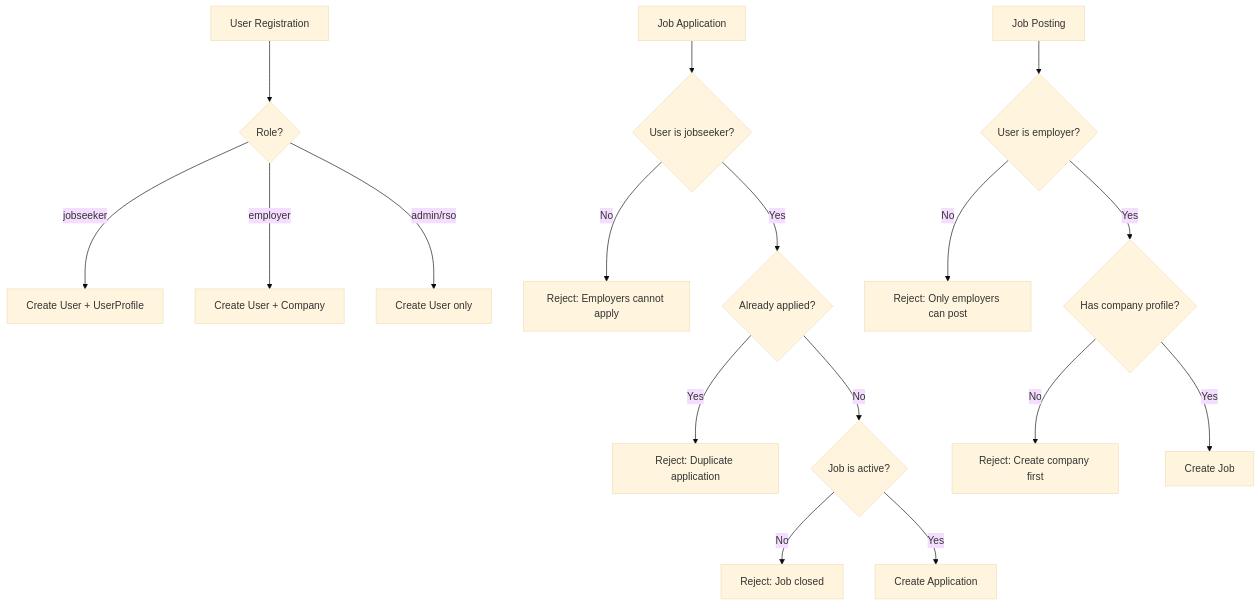
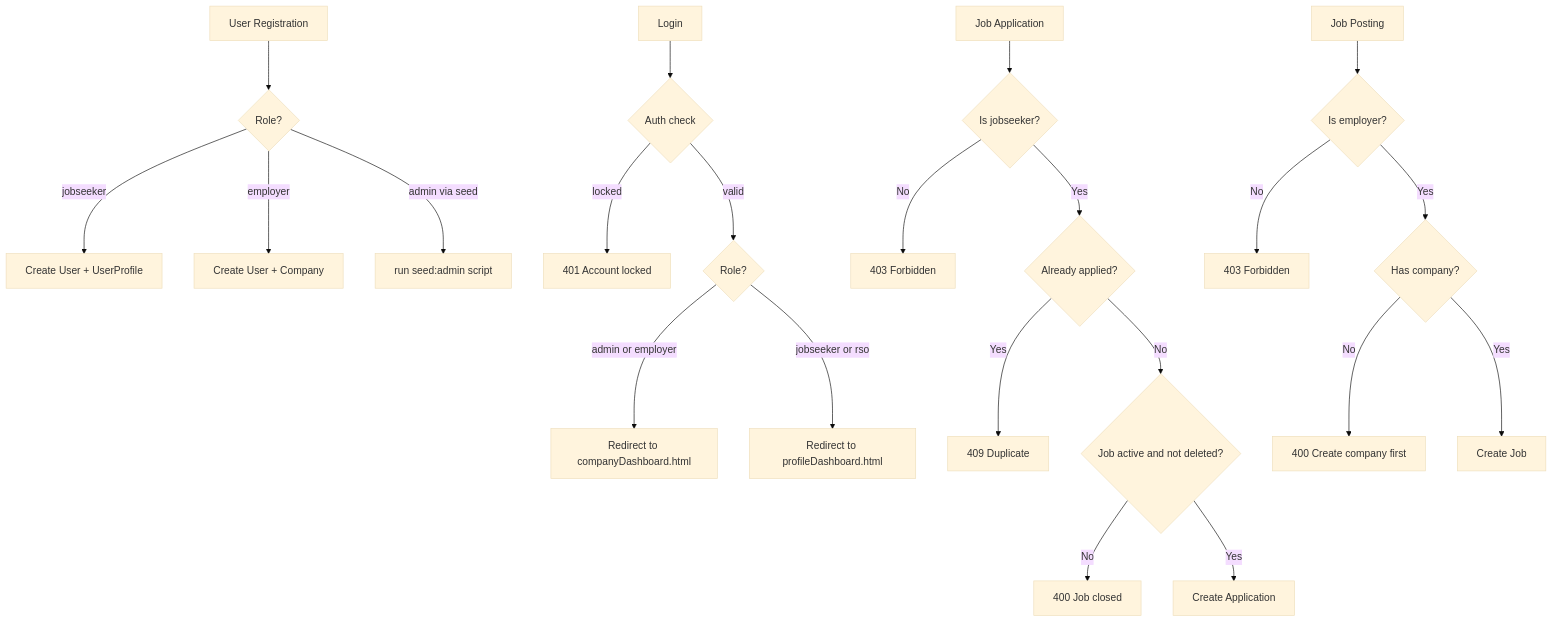
One commit to Team-Kaizen-MMDC/mmdc-wst changed the sixth of 6 diagrams in docs/DATABASE_PLAN.md. Above: the diagram before and after it, drawn with Mermaid (base theme). The commit also changed other lines of this file, not shown here.

Commit message:
Implement feature X to enhance user experience and optimize performance

````diff
--- a/docs/DATABASE_PLAN.md
+++ b/docs/DATABASE_PLAN.md
@@ -1012,21 +830,27 @@
 ```mermaid
 graph TD
     A[User Registration] --> B{Role?}
     B -->|jobseeker| C[Create User + UserProfile]
     B -->|employer| D[Create User + Company]
-    B -->|admin/rso| E[Create User only]
+    B -->|admin via seed| E[run seed:admin script]
 
-    F[Job Application] --> G{User is jobseeker?}
-    G -->|No| H[Reject: Employers cannot apply]
-    G -->|Yes| I{Already applied?}
-    I -->|Yes| J[Reject: Duplicate application]
-    I -->|No| K{Job is active?}
-    K -->|No| L[Reject: Job closed]
-    K -->|Yes| M[Create Application]
+    F[Login] --> G{Auth check}
+    G -->|locked| H[401 Account locked]
+    G -->|valid| I{Role?}
+    I -->|admin or employer| J[Redirect to companyDashboard.html]
+    I -->|jobseeker or rso| K[Redirect to profileDashboard.html]
 
-    N[Job Posting] --> O{User is employer?}
-    O -->|No| P[Reject: Only employers can post]
-    O -->|Yes| Q{Has company profile?}
-    Q -->|No| R[Reject: Create company first]
-    Q -->|Yes| S[Create Job]
+    L[Job Application] --> M{Is jobseeker?}
+    M -->|No| N[403 Forbidden]
+    M -->|Yes| O{Already applied?}
+    O -->|Yes| P[409 Duplicate]
+    O -->|No| Q{Job active and not deleted?}
+    Q -->|No| R[400 Job closed]
+    Q -->|Yes| S[Create Application]
+
+    T[Job Posting] --> U{Is employer?}
+    U -->|No| V[403 Forbidden]
+    U -->|Yes| W{Has company?}
+    W -->|No| X[400 Create company first]
+    W -->|Yes| Y[Create Job]
 ```
````
